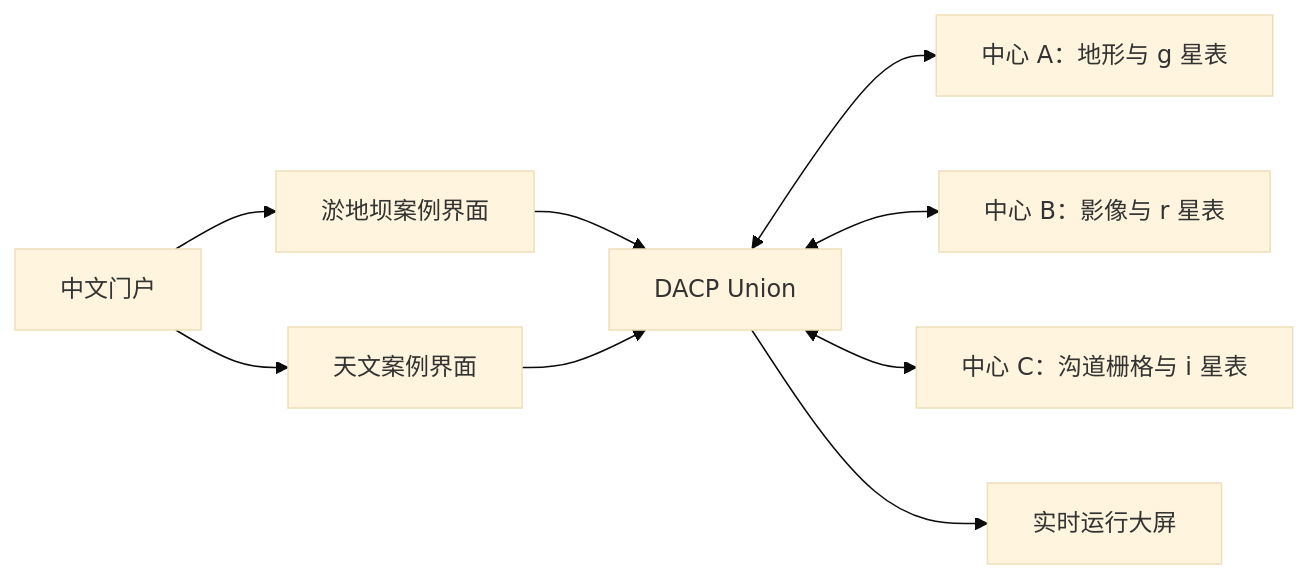
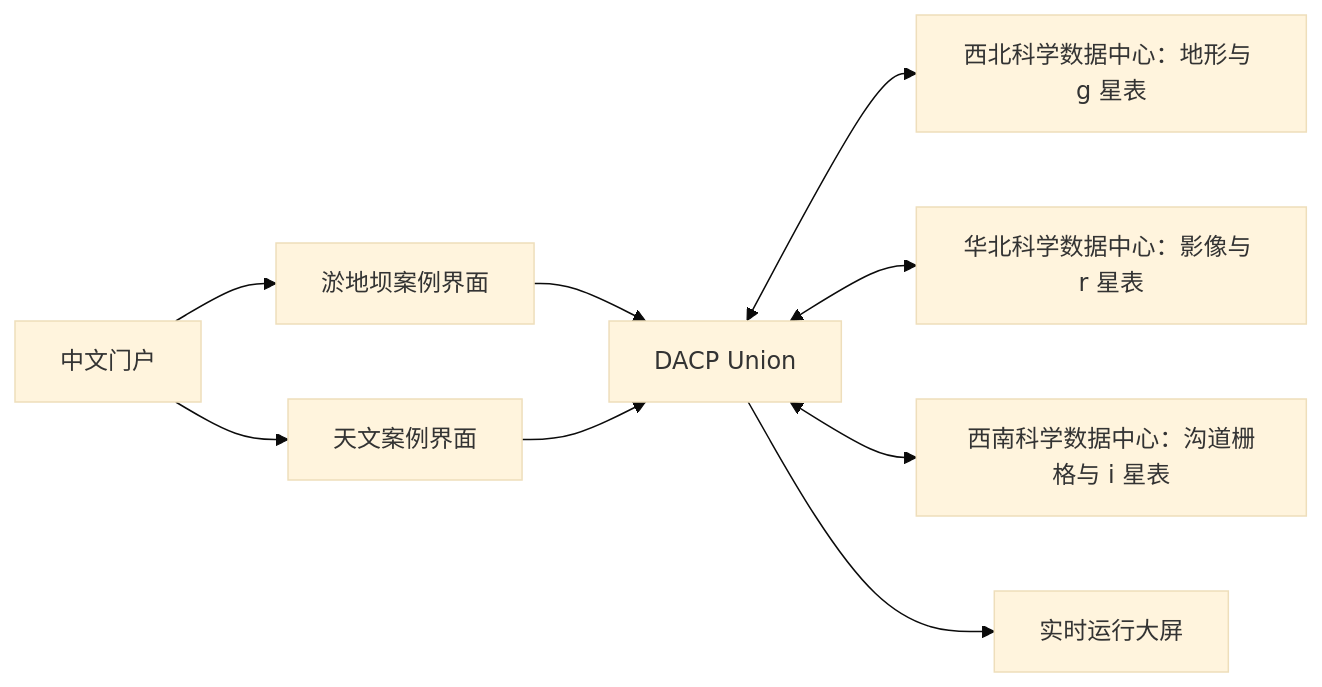
Before and after one commit to rdcn-link/conet: the diagram in README_zh.md, drawn with Mermaid (base theme). The commit also changed 39 other files, not shown here.

````diff
--- a/README_zh.md
+++ b/README_zh.md
@@ -13,11 +13,11 @@
 ```mermaid
 flowchart LR
     Visitor[中文门户] --> Dam[淤地坝案例界面]
     Visitor --> Astro[天文案例界面]
     Dam --> U[DACP Union]
     Astro --> U
-    U <--> A[中心 A：地形与 g 星表]
-    U <--> B[中心 B：影像与 r 星表]
-    U <--> C[中心 C：沟道栅格与 i 星表]
+    U <--> A[西北科学数据中心：地形与 g 星表]
+    U <--> B[华北科学数据中心：影像与 r 星表]
+    U <--> C[西南科学数据中心：沟道栅格与 i 星表]
     U --> Screen[实时运行大屏]
 ```
````
